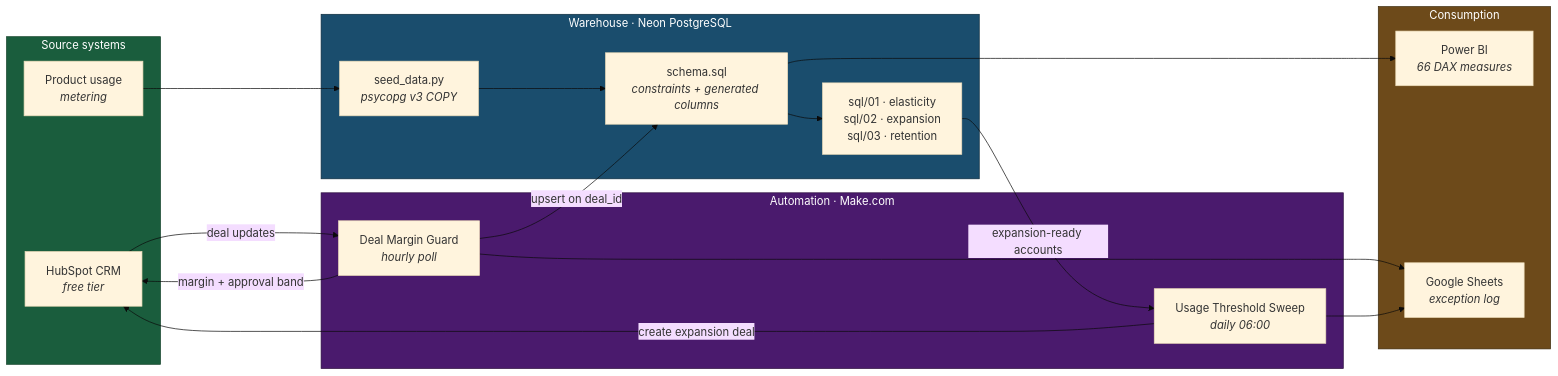
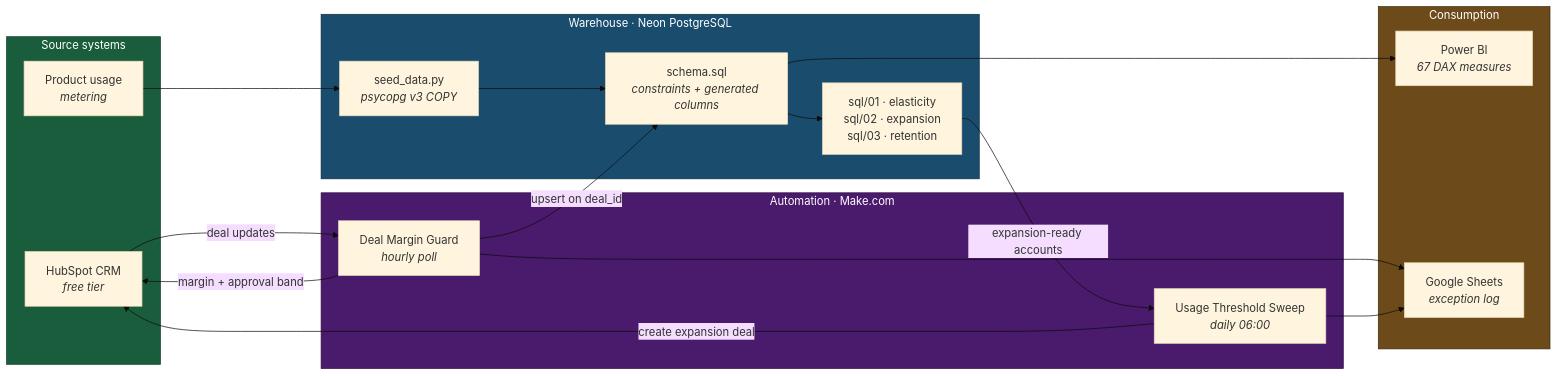
The first of 2 diagrams in README.md (jernejsurc/revyield-pricing-engine), drawn with Mermaid (base theme) before and after one commit. The commit also changed other lines of this file and 6 other files, not shown here.

First line of the commit message:
fix(dax): clamp point-in-time measures to the last date with data

````diff
--- a/README.md
+++ b/README.md
@@ -71,40 +71,40 @@
 ```mermaid
 flowchart LR
     subgraph SRC["Source systems"]
         HS["HubSpot CRM<br/><i>free tier</i>"]
         APP["Product usage<br/><i>metering</i>"]
     end
 
     subgraph AUTO["Automation · Make.com"]
         S1["Deal Margin Guard<br/><i>hourly poll</i>"]
         S2["Usage Threshold Sweep<br/><i>daily 06:00</i>"]
     end
 
     subgraph WH["Warehouse · Neon PostgreSQL"]
         DDL["schema.sql<br/><i>constraints + generated columns</i>"]
         SEED["seed_data.py<br/><i>psycopg v3 COPY</i>"]
         SQLA["sql/01 · elasticity<br/>sql/02 · expansion<br/>sql/03 · retention"]
     end
 
     subgraph OUT["Consumption"]
-        PBI["Power BI<br/><i>66 DAX measures</i>"]
+        PBI["Power BI<br/><i>67 DAX measures</i>"]
         GS["Google Sheets<br/><i>exception log</i>"]
     end
 
     HS -->|"deal updates"| S1
     APP --> SEED
     S1 -->|"margin + approval band"| HS
     S1 -->|"upsert on deal_id"| DDL
     S1 --> GS
     DDL --> SQLA
     SQLA -->|"expansion-ready accounts"| S2
     S2 -->|"create expansion deal"| HS
     S2 --> GS
     SEED --> DDL
     DDL --> PBI
 
     style WH fill:#1a4d6d,stroke:#0d2b3d,color:#fff
     style AUTO fill:#4a1a6d,stroke:#2b0d3d,color:#fff
     style SRC fill:#1a5d3d,stroke:#0d3d24,color:#fff
     style OUT fill:#6d4a1a,stroke:#3d2b0d,color:#fff
 ```
````
